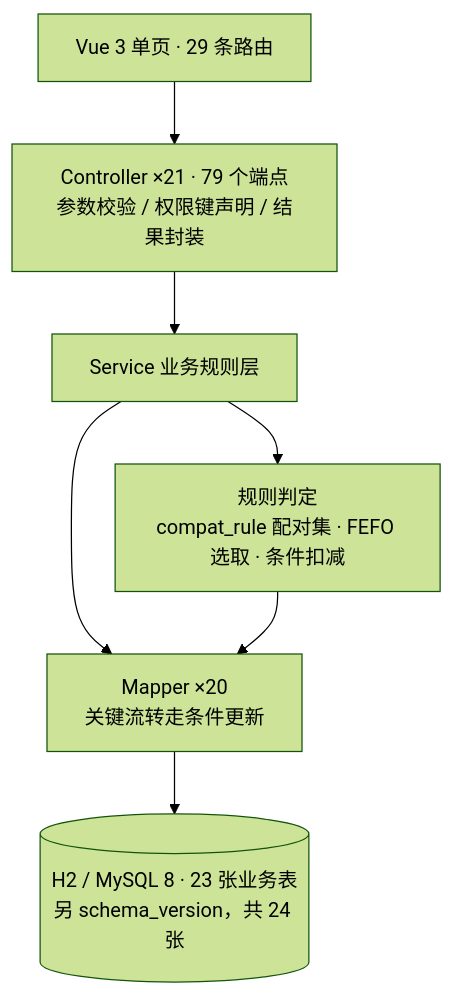
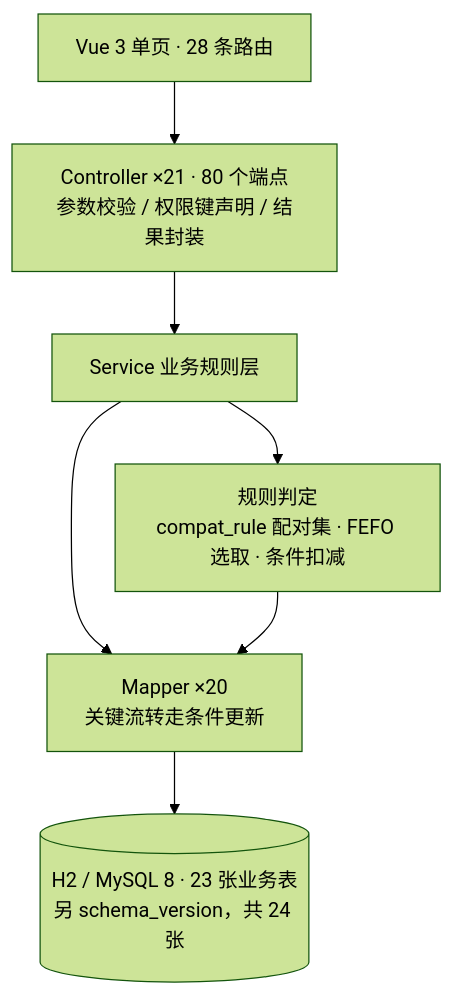
One commit to zhangjingtong000/hazmat-lims changed the diagram in README.md. Above: the diagram before and after it, drawn with Mermaid (forest theme). The commit also changed other lines of this file and 14 other files, not shown here.

````diff
--- a/README.md
+++ b/README.md
@@ -9,9 +137,9 @@
 ```mermaid
 flowchart TB
-  UI["Vue 3 单页 · 29 条路由"] --> C["Controller ×21 · 79 个端点<br/>参数校验 / 权限键声明 / 结果封装"]
+  UI["Vue 3 单页 · 28 条路由"] --> C["Controller ×21 · 80 个端点<br/>参数校验 / 权限键声明 / 结果封装"]
   C --> S["Service 业务规则层"]
   S --> R["规则判定<br/>compat_rule 配对集 · FEFO 选取 · 条件扣减"]
   S --> M["Mapper ×20<br/>关键流转走条件更新"]
   R --> M
   M --> DB[("H2 / MySQL 8 · 23 张业务表<br/>另 schema_version，共 24 张")]
 ```
````
